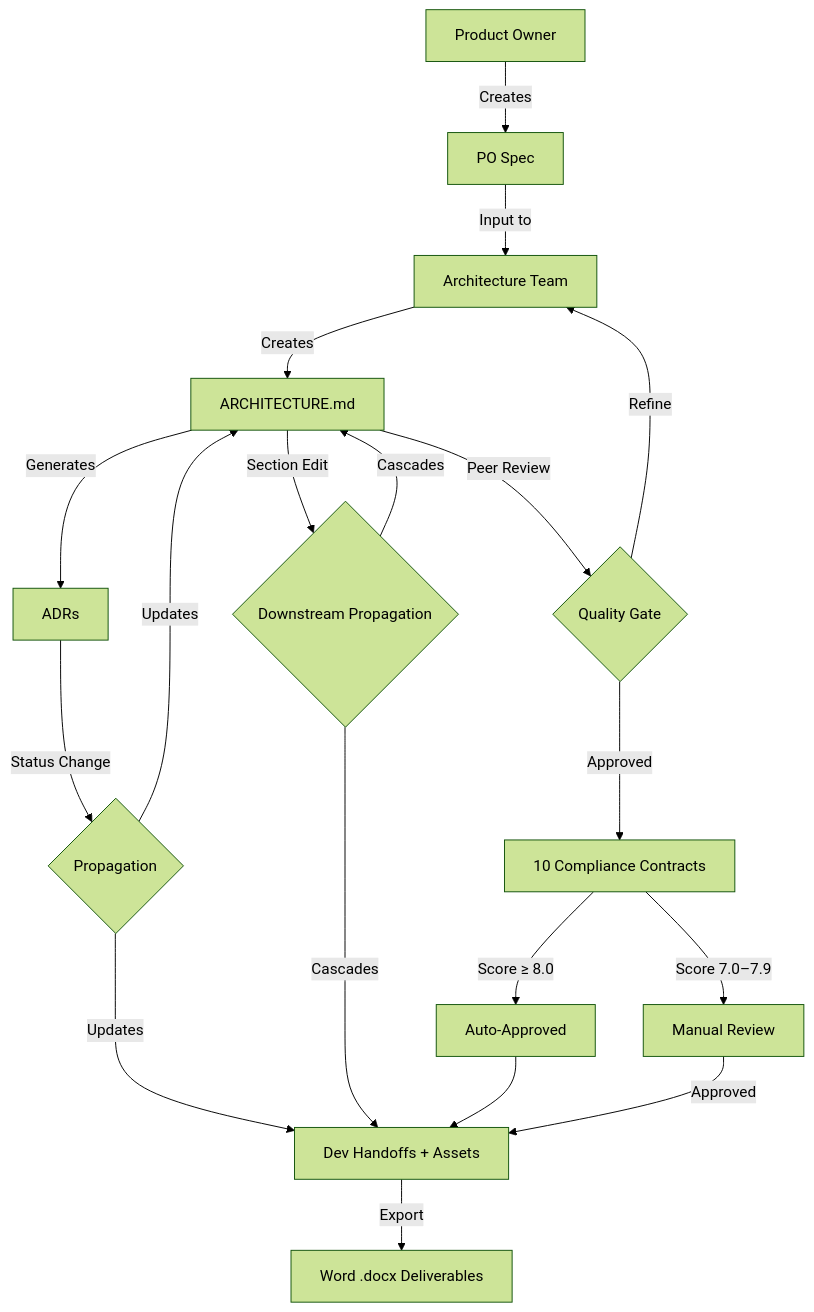
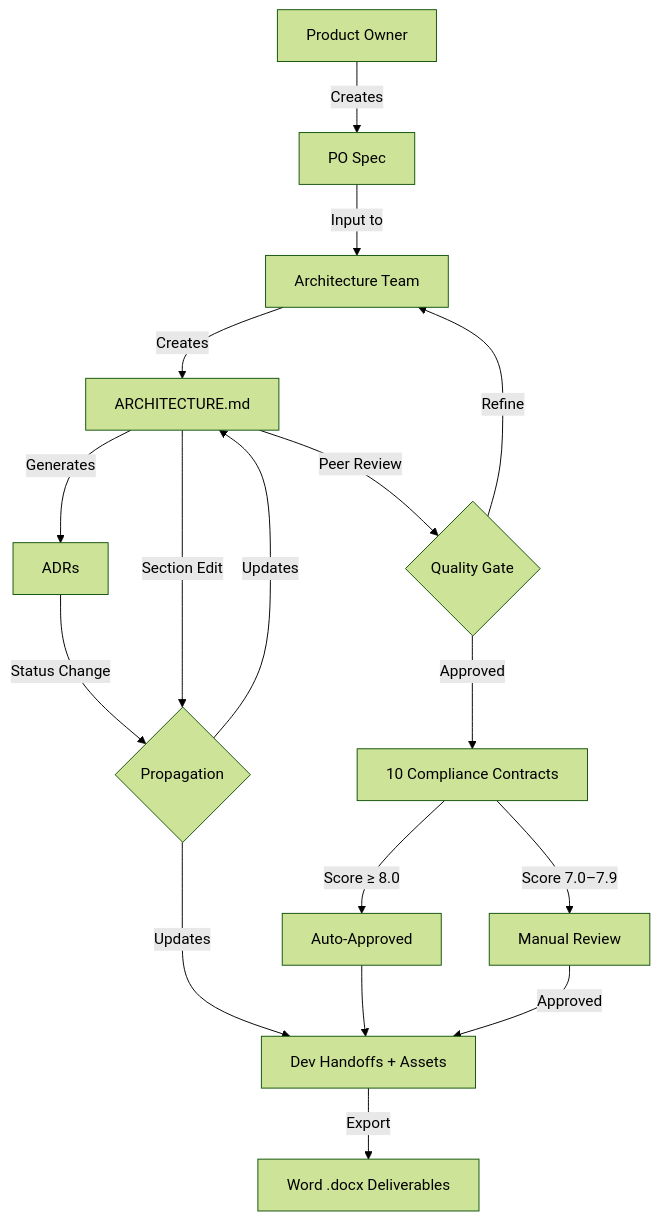
One commit to shadowX4fox/solutions-architect-skills changed the diagram in README.md. Above: the diagram before and after it, drawn with Mermaid (forest theme). The commit also changed other lines of this file and 4 other files, not shown here.

Commit message:
docs: merge propagation gates — unified workflow diagram node v2.12.10

````diff
--- a/README.md
+++ b/README.md
@@ -490,21 +490,19 @@
 ```mermaid
 graph TD
     A[Product Owner] -->|Creates| B[PO Spec]
     B -->|Input to| C[Architecture Team]
     C -->|Creates| D[ARCHITECTURE.md]
     D -->|Generates| L[ADRs]
     L -->|Status Change| M{Propagation}
+    D -->|Section Edit| M
     M -->|Updates| D
     M -->|Updates| J
-    D -->|Section Edit| N{Downstream Propagation}
-    N -->|Cascades| D
-    N -->|Cascades| J
     D -->|Peer Review| E{Quality Gate}
     E -->|Approved| F[10 Compliance Contracts]
     E -->|Refine| C
     F -->|Score ≥ 8.0| G[Auto-Approved]
     F -->|Score 7.0–7.9| H[Manual Review]
     G --> J[Dev Handoffs + Assets]
     H -->|Approved| J
     J -->|Export| K[Word .docx Deliverables]
 ```
````
